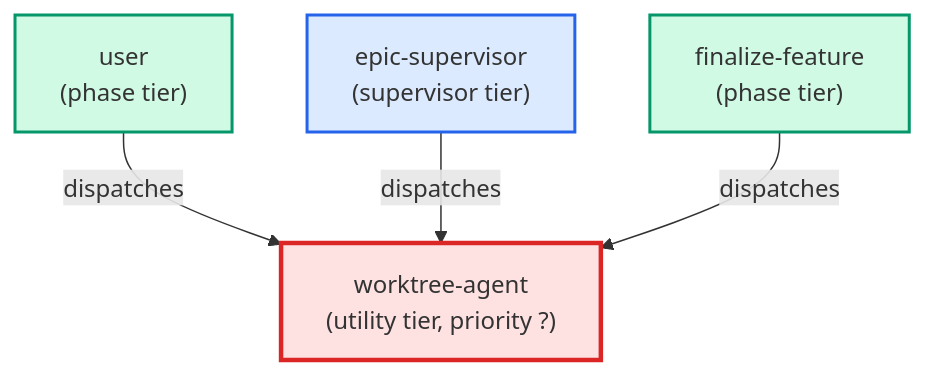
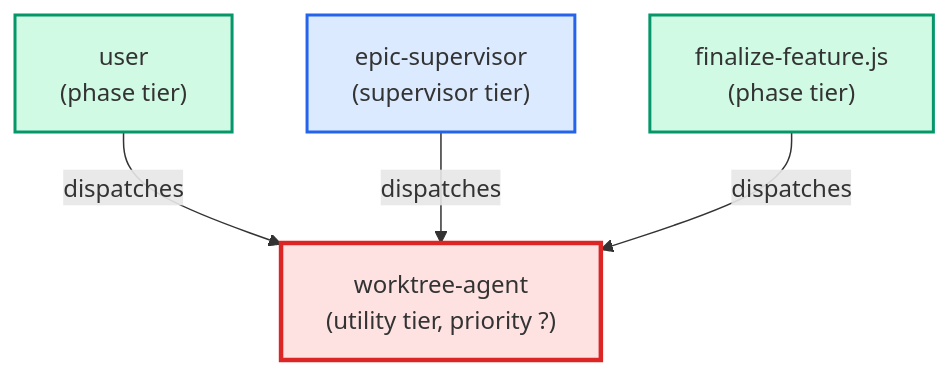
Before and after one commit to urlmonitor/leafcutter-ai: the diagram in docs/agents/cards/worktree-agent.card.md, drawn with Mermaid. The commit also changed other lines of this file and 52 other files, not shown here.

````diff
--- a/docs/agents/cards/worktree-agent.card.md
+++ b/docs/agents/cards/worktree-agent.card.md
@@ -46,16 +52,16 @@
 ```mermaid
 flowchart TD
     classDef supervisor fill:#dbeafe,stroke:#2563eb,stroke-width:2px
     classDef phase fill:#d1fae5,stroke:#059669,stroke-width:2px
     classDef utility fill:#f3f4f6,stroke:#4b5563,stroke-width:2px
     classDef target fill:#fee2e2,stroke:#dc2626,stroke-width:3px
 
     user["user\n(phase tier)"]:::phase
     epic_supervisor["epic-supervisor\n(supervisor tier)"]:::supervisor
-    finalize_feature["finalize-feature\n(phase tier)"]:::phase
+    finalize_feature.js["finalize-feature.js\n(phase tier)"]:::phase
     worktree_agent["worktree-agent\n(utility tier, priority ?)"]:::target
 
     user -->|dispatches| worktree_agent
     epic_supervisor -->|dispatches| worktree_agent
-    finalize_feature -->|dispatches| worktree_agent
+    finalize_feature.js -->|dispatches| worktree_agent
 ```
````
